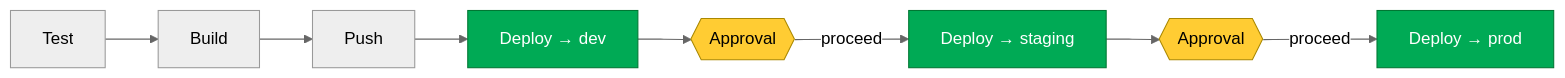
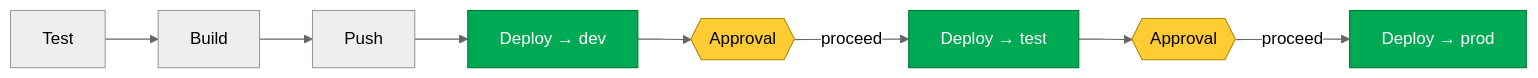
The second of 2 diagrams in README.md (SriGaneshNainala/automated-deployment-pipeline), drawn with Mermaid (neutral theme) before and after one commit. The commit also changed other lines of this file and 2 other files, not shown here.

````diff
--- a/README.md
+++ b/README.md
@@ -45,13 +45,13 @@
 ```mermaid
 flowchart LR
     Test --> Build --> Push --> Dev[Deploy → dev]
     Dev --> G1{{Approval}}
-    G1 -- proceed --> Stg[Deploy → staging]
+    G1 -- proceed --> Stg[Deploy → test]
     Stg --> G2{{Approval}}
     G2 -- proceed --> Prod[Deploy → prod]
 
     classDef gate fill:#fc3,stroke:#a80,color:#000
     classDef env fill:#0a5,stroke:#073,color:#fff
     class G1,G2 gate
     class Dev,Stg,Prod env
 ```
````
